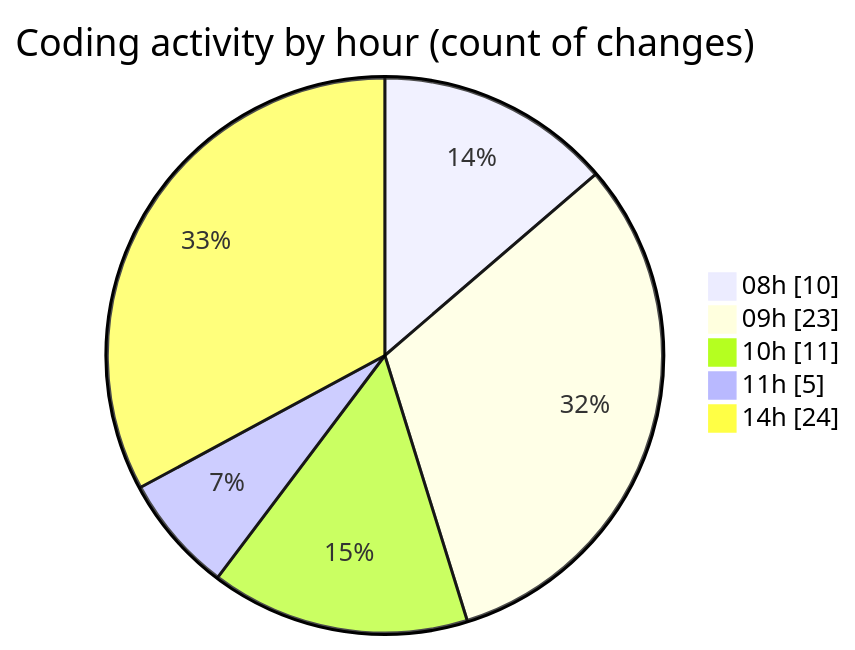
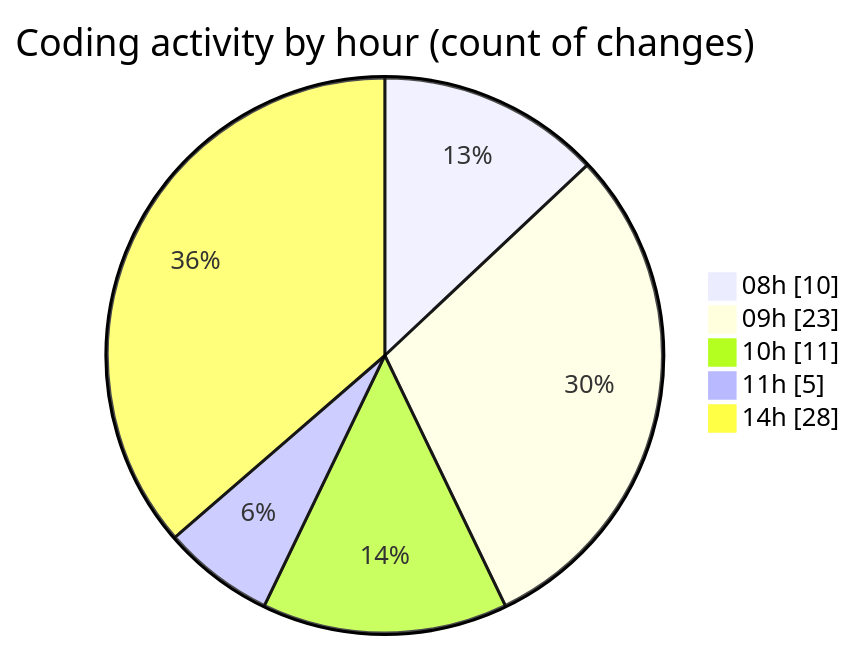
Before and after one commit to LanceThiago/code-tracking: the second of 2 diagrams in 2025-01-07/nueva_carpeta/README.md, drawn with Mermaid. The commit also changed other lines of this file and 1 other file, not shown here.

````diff
--- a/2025-01-07/nueva_carpeta/README.md
+++ b/2025-01-07/nueva_carpeta/README.md
@@ -28,9 +28,9 @@
 ```mermaid
 pie showData
 title Coding activity by hour (count of changes)
 "08h" : 10
 "09h" : 23
 "10h" : 11
 "11h" : 5
-"14h" : 24
+"14h" : 28
 ```
````
